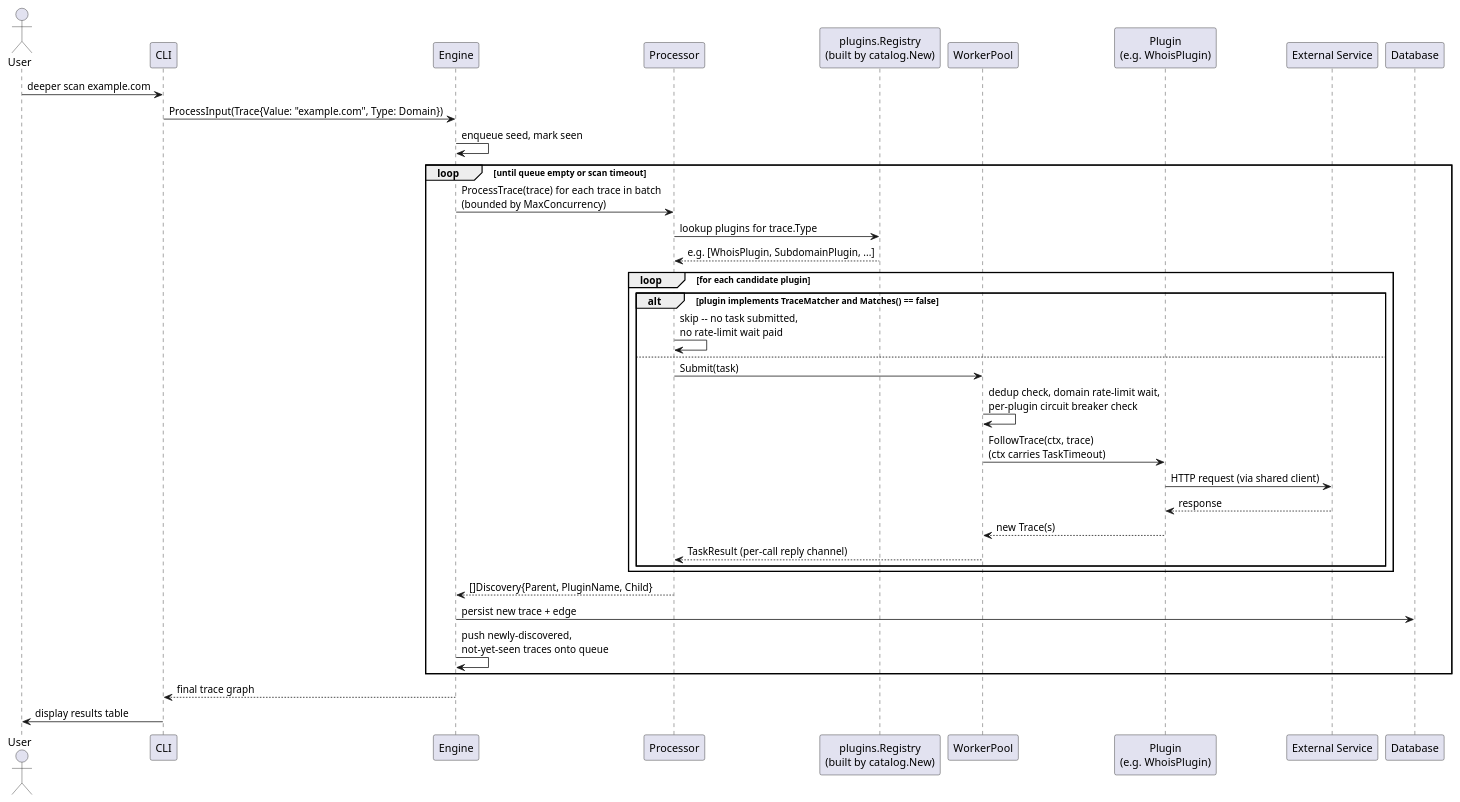
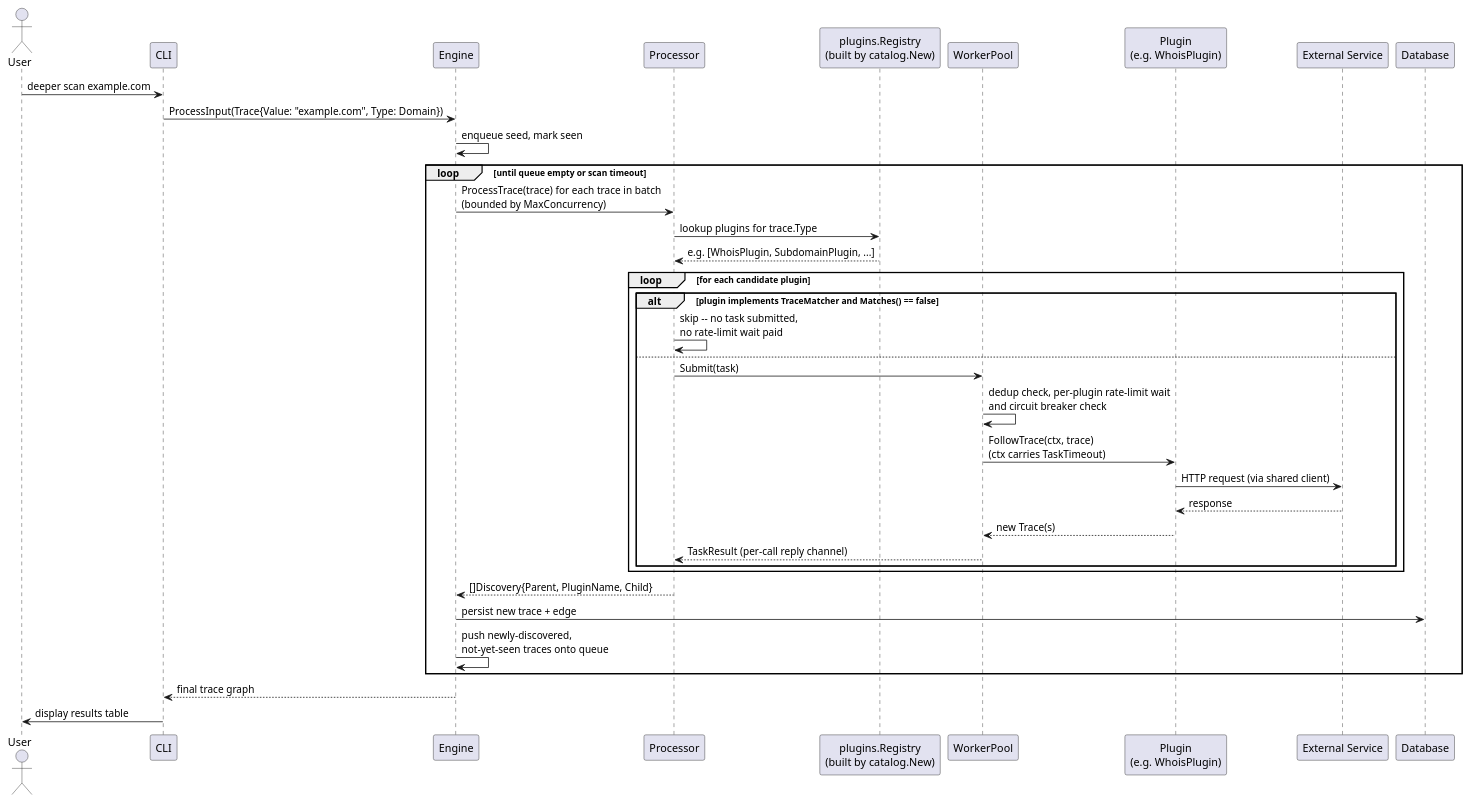
One commit to smirnoffmg/deeper changed the diagram in docs/sequence.puml. Above: the diagram before and after it, drawn with PlantUML. The commit also changed 9 other files, not shown here.

First line of the commit message:
fix: rate-limit each plugin in its own bucket

```diff
--- a/docs/sequence.puml
+++ b/docs/sequence.puml
@@ -1,44 +1,44 @@
 @startuml Sequence
 actor User
 
 participant "CLI" as CLI
 participant "Engine" as Engine
 participant "Processor" as Processor
 participant "plugins.Registry\n(built by catalog.New)" as Registry
 participant "WorkerPool" as Pool
 participant "Plugin\n(e.g. WhoisPlugin)" as Plugin
 participant "External Service" as Ext
 participant "Database" as DB
 
 User -> CLI: deeper scan example.com
 CLI -> Engine: ProcessInput(Trace{Value: "example.com", Type: Domain})
 Engine -> Engine: enqueue seed, mark seen
 
 loop until queue empty or scan timeout
     Engine -> Processor: ProcessTrace(trace) for each trace in batch\n(bounded by MaxConcurrency)
     Processor -> Registry: lookup plugins for trace.Type
     Registry --> Processor: e.g. [WhoisPlugin, SubdomainPlugin, ...]
 
     loop for each candidate plugin
         alt plugin implements TraceMatcher and Matches() == false
             Processor -> Processor: skip -- no task submitted,\nno rate-limit wait paid
         else
             Processor -> Pool: Submit(task)
-            Pool -> Pool: dedup check, domain rate-limit wait,\nper-plugin circuit breaker check
+            Pool -> Pool: dedup check, per-plugin rate-limit wait\nand circuit breaker check
             Pool -> Plugin: FollowTrace(ctx, trace)\n(ctx carries TaskTimeout)
             Plugin -> Ext: HTTP request (via shared client)
             Ext --> Plugin: response
             Plugin --> Pool: new Trace(s)
             Pool --> Processor: TaskResult (per-call reply channel)
         end
     end
 
     Processor --> Engine: []Discovery{Parent, PluginName, Child}
     Engine -> DB: persist new trace + edge
     Engine -> Engine: push newly-discovered,\nnot-yet-seen traces onto queue
 end
 
 Engine --> CLI: final trace graph
 CLI -> User: display results table
 
 @enduml
```
